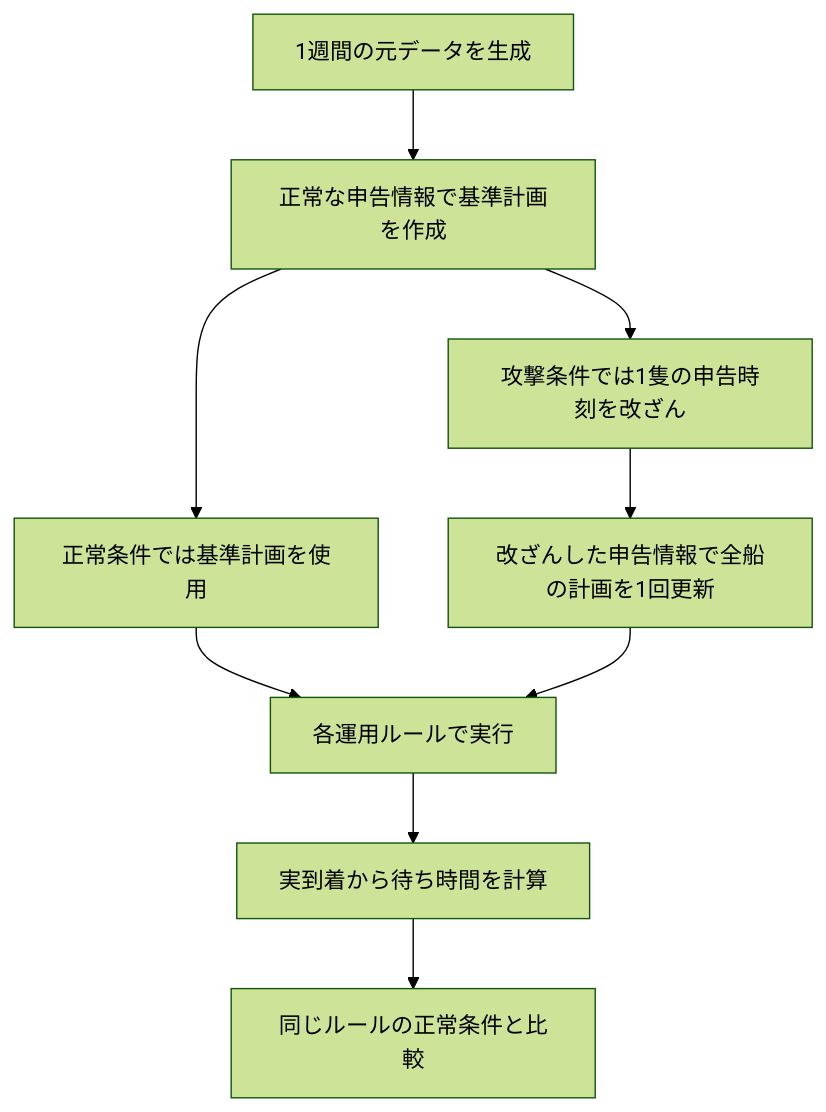
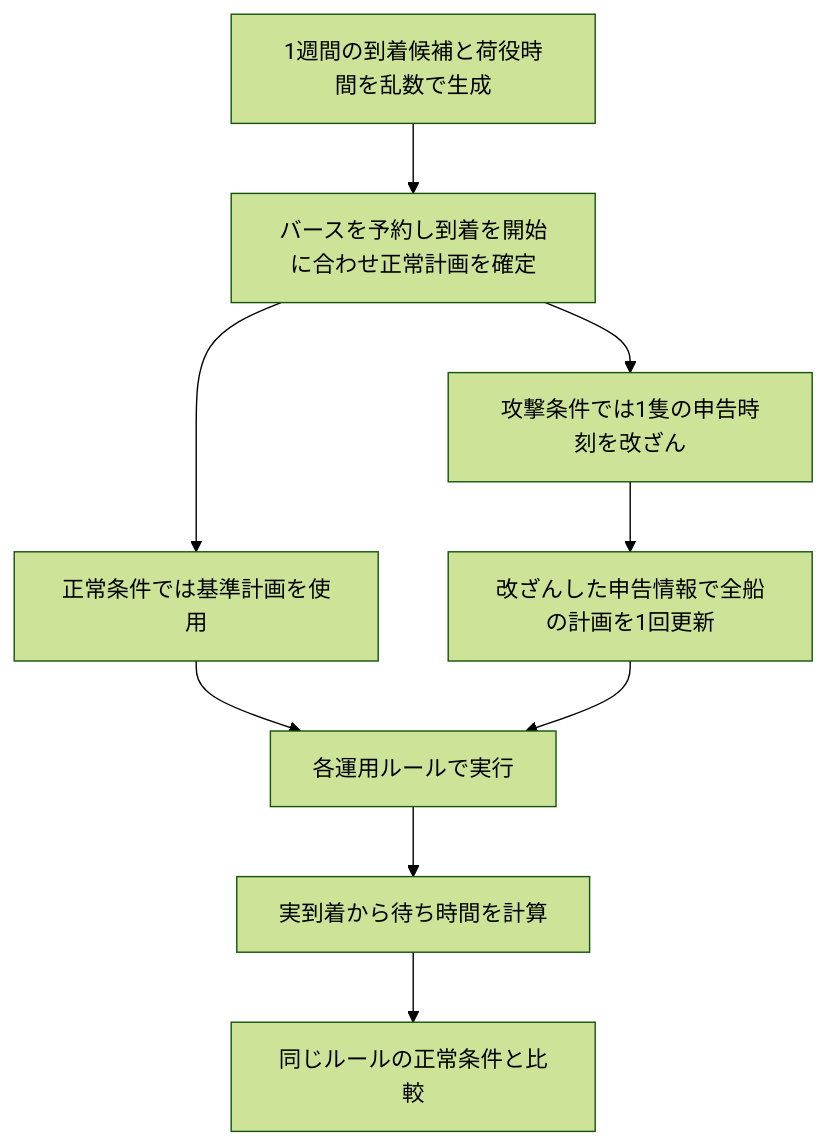
The diagram in docs/今後の計画.md (ryusukeke/thesis), drawn with Mermaid (forest theme) before and after one commit. The commit also changed other lines of this file and 8 other files, not shown here.

````diff
--- a/docs/今後の計画.md
+++ b/docs/今後の計画.md
@@ -96,11 +102,11 @@
 ```mermaid
 flowchart TD
-    A[1週間の元データを生成] --> B[正常な申告情報で基準計画を作成]
+    A[1週間の到着候補と荷役時間を乱数で生成] --> B[バースを予約し到着を開始に合わせ正常計画を確定]
     B --> C[正常条件では基準計画を使用]
     B --> D[攻撃条件では1隻の申告時刻を改ざん]
     D --> E[改ざんした申告情報で全船の計画を1回更新]
     C --> F[各運用ルールで実行]
     E --> F
     F --> G[実到着から待ち時間を計算]
     G --> H[同じルールの正常条件と比較]
 ```
````
